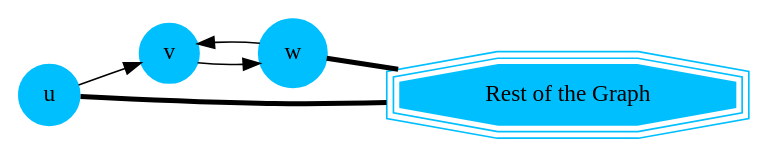
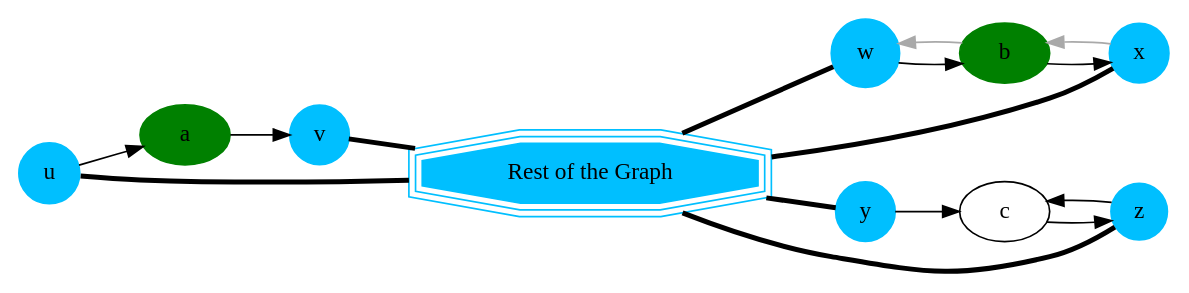
Before and after one commit to pgRouting/pgrouting: the seventh of 10 diagrams in doc/contraction/contraction-family.rst, drawn with Graphviz. The commit also changed other lines of this file and 414 other files, not shown here.

```diff
--- a/doc/contraction/contraction-family.rst
+++ b/doc/contraction/contraction-family.rst
@@ -274,10 +313,15 @@
 .. graphviz::
 
     digraph G {
-        u, w, v [shape=circle;style=filled;width=.4;color=deepskyblue];
-        G [shape=tripleoctagon;width=1.5;style=filled;color=deepskyblue;label = "Rest of the Graph"];
+        u, v, w, x, y, z [shape=circle;style=filled;width=.4;color=deepskyblue];
+        a, b [style=filled; color=green];
+        G [shape=tripleoctagon;width=1.5;style=filled;
+          color=deepskyblue;label = "Rest of the Graph"];
 
         rankdir=LR;
-        {w} -> G -> {u} [dir=none, weight=1, penwidth=3];
-        u -> v -> w -> v;
+        {u, v} -> G -> {x, w, y, z} [dir=none, weight=1, penwidth=3];
+        u -> a -> v;
+        w -> b -> x;
+        x -> b -> w [color=darkgray];
+        y -> c -> z -> c;
     }
```
